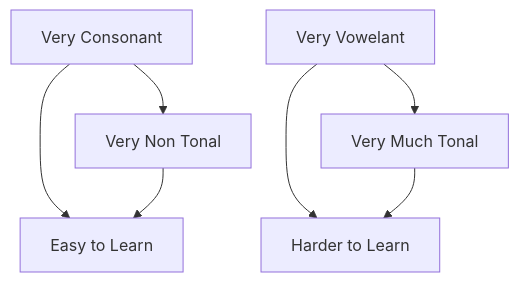
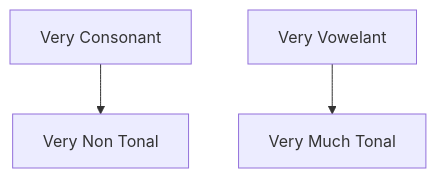
One commit to bendqh1/mermaid changed the diagram in general_communication_languages_categorization_for_learning.md. Above: the diagram before and after it, drawn with Mermaid.

````diff
--- a/general_communication_languages_categorization_for_learning.md
+++ b/general_communication_languages_categorization_for_learning.md
@@ -1,8 +1,5 @@
 ```mermaid
 flowchart TD
   A1[Very Consonant] --> B1[Very Non Tonal]
   A3[Very Vowelant] --> B3[Very Much Tonal]
-
-  A1 & B1 --> C1[Easy to Learn]
-  A3 & B3 --> C2[Harder to Learn]
 ```
````
